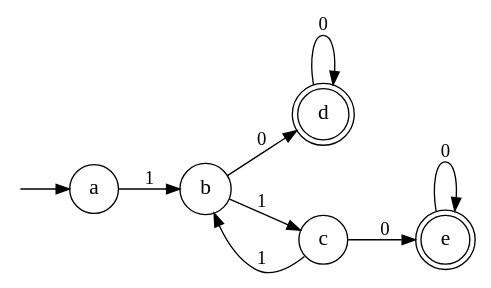
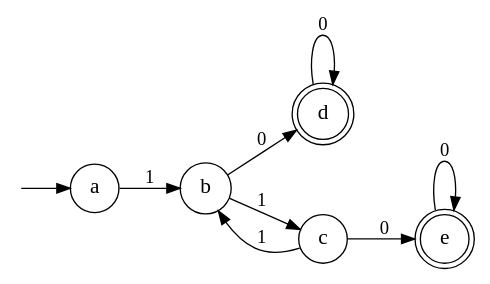
The diagram in resources/automaton2.dot (amowy/automaton), drawn with Graphviz before and after one commit. The commit also changed other lines of this file and 5 other files, not shown here.

```diff
--- a/resources/automaton2.dot
+++ b/resources/automaton2.dot
@@ -1,21 +1,21 @@
 digraph G {
     ranksep=0.5;
     nodesep=0.5;
     rankdir=LR;
     node [shape="circle", fontsize="16"];
     fontsize="10";
     compound=true;
 
     ia [shape=point, style=invis];
+    d [shape=doublecircle];
     e [shape=doublecircle];
-    d [shape=doublecircle];
 
     ia -> a;
+    d -> d [label="0"];
+    b -> c [label="1"];
     a -> b [label="1"];
-    d -> d [label="0"];
     b -> d [label="0"];
+    c -> b [label="1"];
     c -> e [label="0"];
-    c -> b [label="1"];
-    b -> c [label="1"];
     e -> e [label="0"];
 }
```
